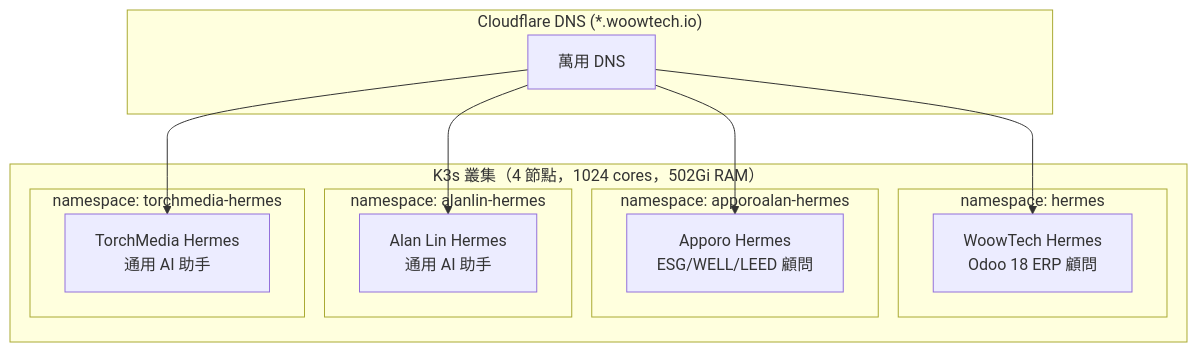
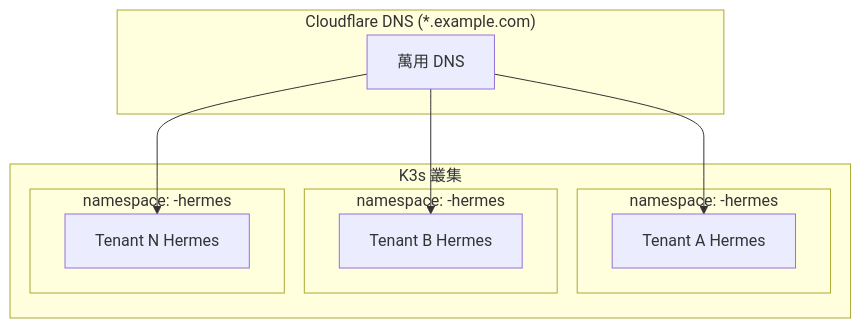
One commit to WOOWTECH/Woow_k3s_hermes changed the second of 5 diagrams in README_zh-TW.md. Above: the diagram before and after it, drawn with Mermaid. The commit also changed other lines of this file and 68 other files, not shown here.

````diff
--- a/README_zh-TW.md
+++ b/README_zh-TW.md
@@ -152,26 +142,22 @@
 ```mermaid
 graph TB
-    subgraph CF["Cloudflare DNS (*.woowtech.io)"]
+    subgraph CF["Cloudflare DNS (*.example.com)"]
         DNS["萬用 DNS"]
     end
 
-    subgraph K3s["K3s 叢集（4 節點，1024 cores，502Gi RAM）"]
-        subgraph NS1["namespace: hermes"]
-            I1["WoowTech Hermes<br/>Odoo 18 ERP 顧問"]
+    subgraph K3s["K3s 叢集"]
+        subgraph NS1["namespace: <tenant-a>-hermes"]
+            I1["Tenant A Hermes"]
         end
-        subgraph NS2["namespace: apporoalan-hermes"]
-            I2["Apporo Hermes<br/>ESG/WELL/LEED 顧問"]
+        subgraph NS2["namespace: <tenant-b>-hermes"]
+            I2["Tenant B Hermes"]
         end
-        subgraph NS3["namespace: alanlin-hermes"]
-            I3["Alan Lin Hermes<br/>通用 AI 助手"]
-        end
-        subgraph NS4["namespace: torchmedia-hermes"]
-            I4["TorchMedia Hermes<br/>通用 AI 助手"]
+        subgraph NSN["namespace: <tenant-n>-hermes"]
+            IN["Tenant N Hermes"]
         end
     end
 
     DNS --> I1
     DNS --> I2
-    DNS --> I3
-    DNS --> I4
+    DNS --> IN
 ```
````
